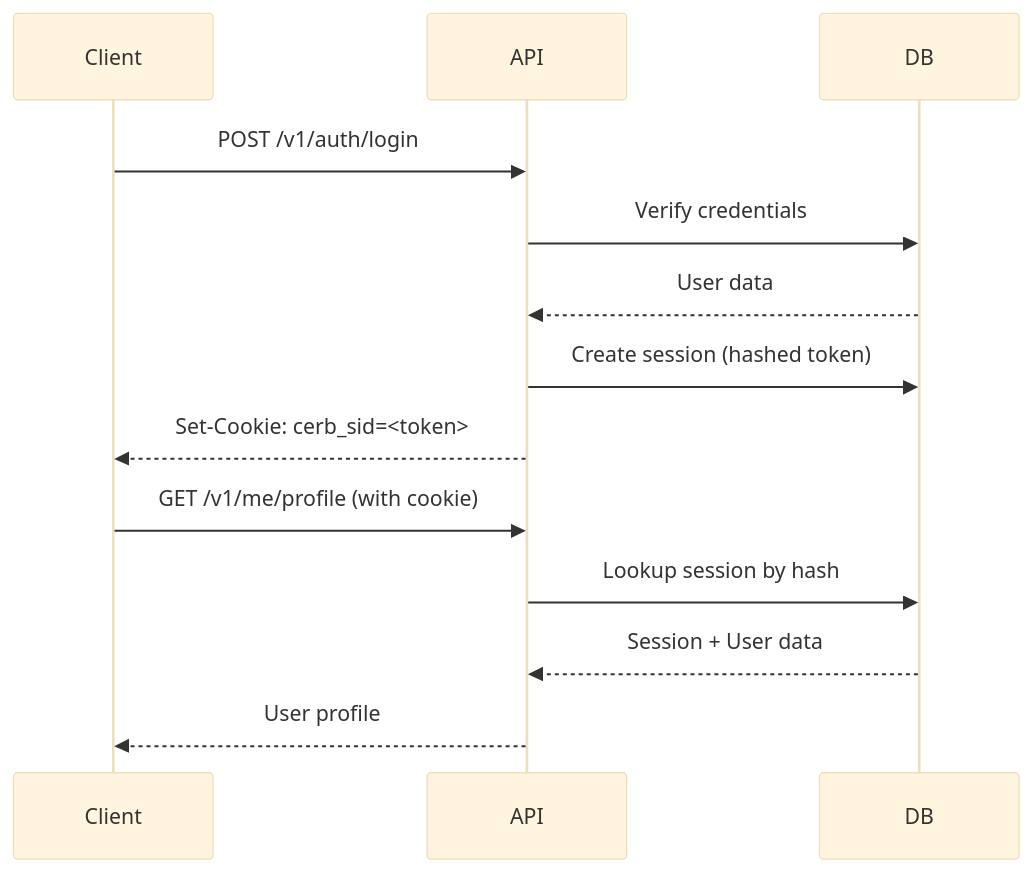
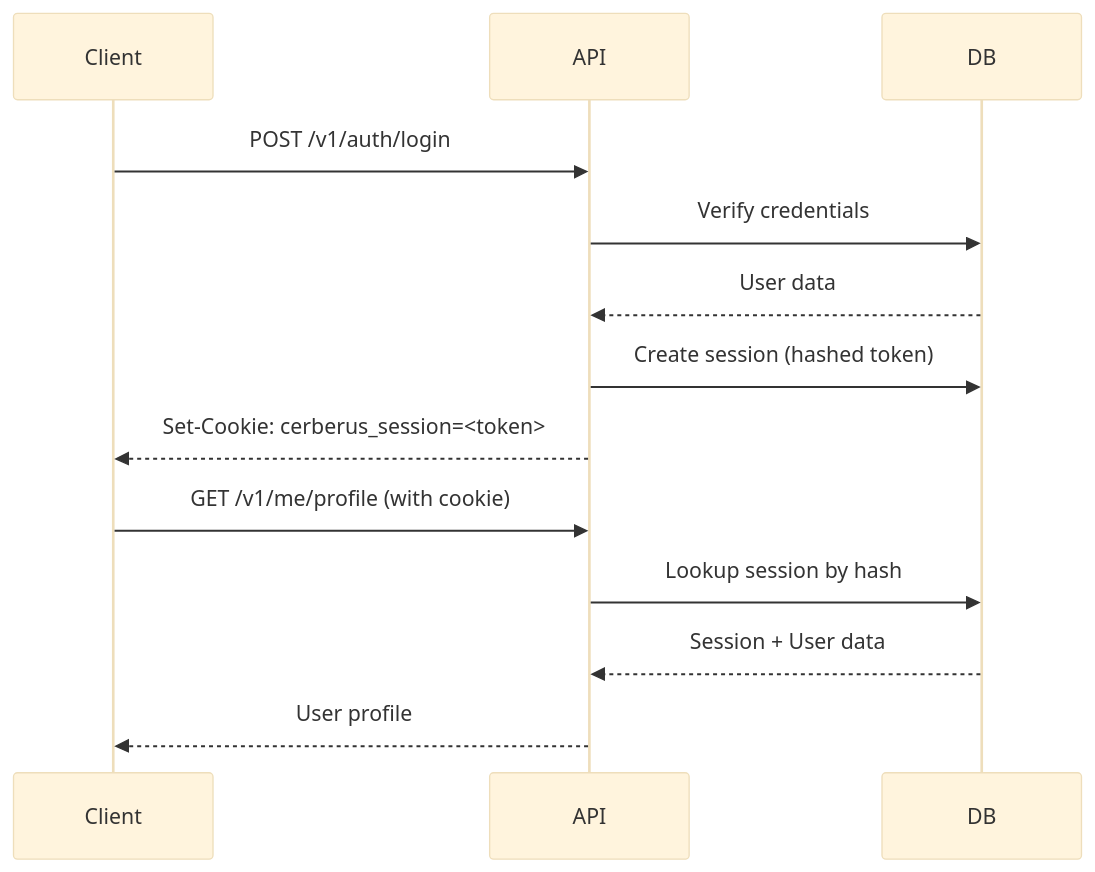
The diagram in architecture/security.md (cerberus-iam/docs), drawn with Mermaid (base theme) before and after one commit. The commit also changed other lines of this file and 26 other files, not shown here.

First line of the commit message:
fix: update session cookie name and add missing endpoint documentation

````diff
--- a/architecture/security.md
+++ b/architecture/security.md
@@ -102,17 +102,17 @@
 ```mermaid
 sequenceDiagram
     participant Client
     participant API
     participant DB
 
     Client->>API: POST /v1/auth/login
     API->>DB: Verify credentials
     DB-->>API: User data
     API->>DB: Create session (hashed token)
-    API-->>Client: Set-Cookie: cerb_sid=<token>
+    API-->>Client: Set-Cookie: cerberus_session=<token>
 
     Client->>API: GET /v1/me/profile (with cookie)
     API->>DB: Lookup session by hash
     DB-->>API: Session + User data
     API-->>Client: User profile
 ```
````
